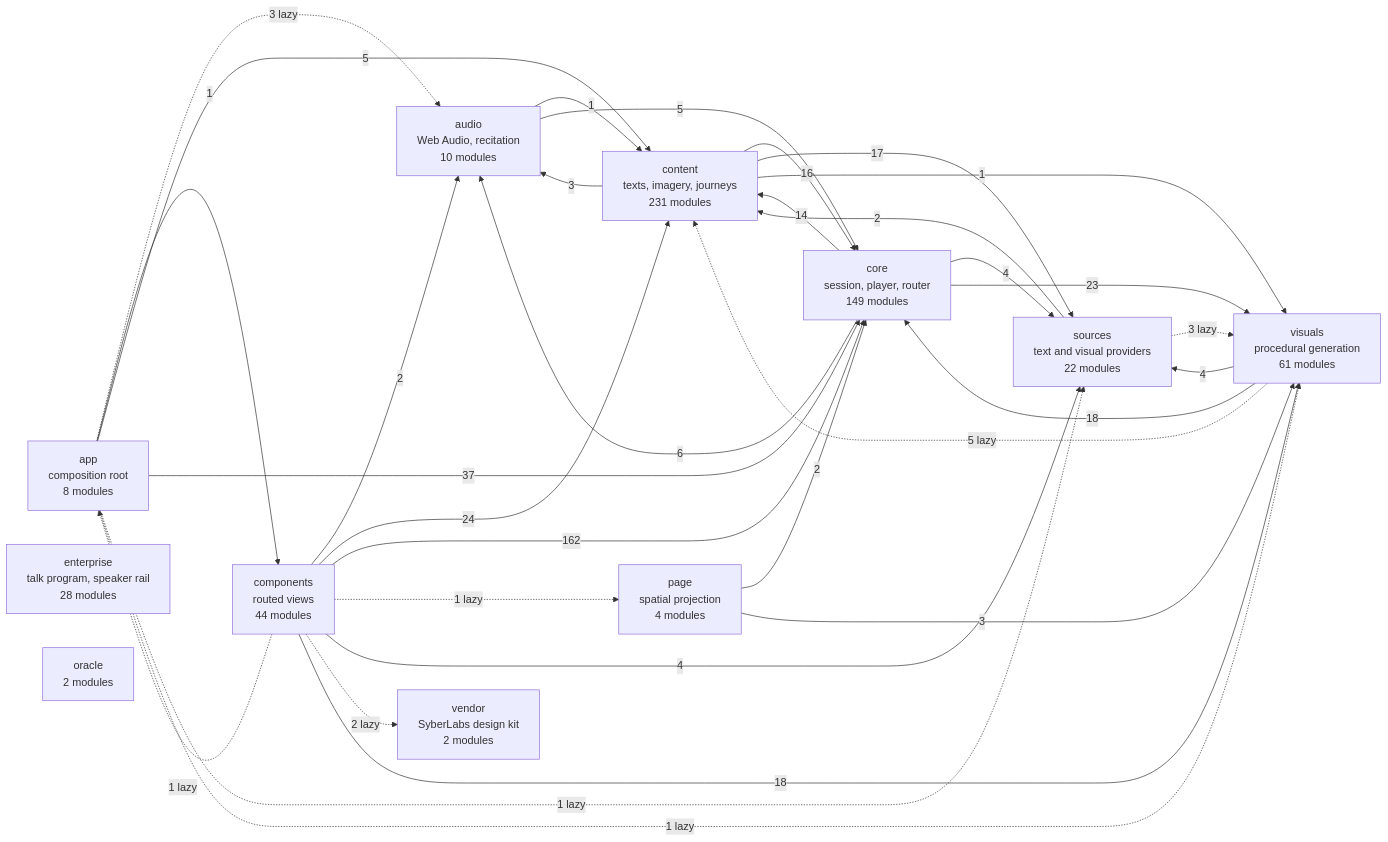
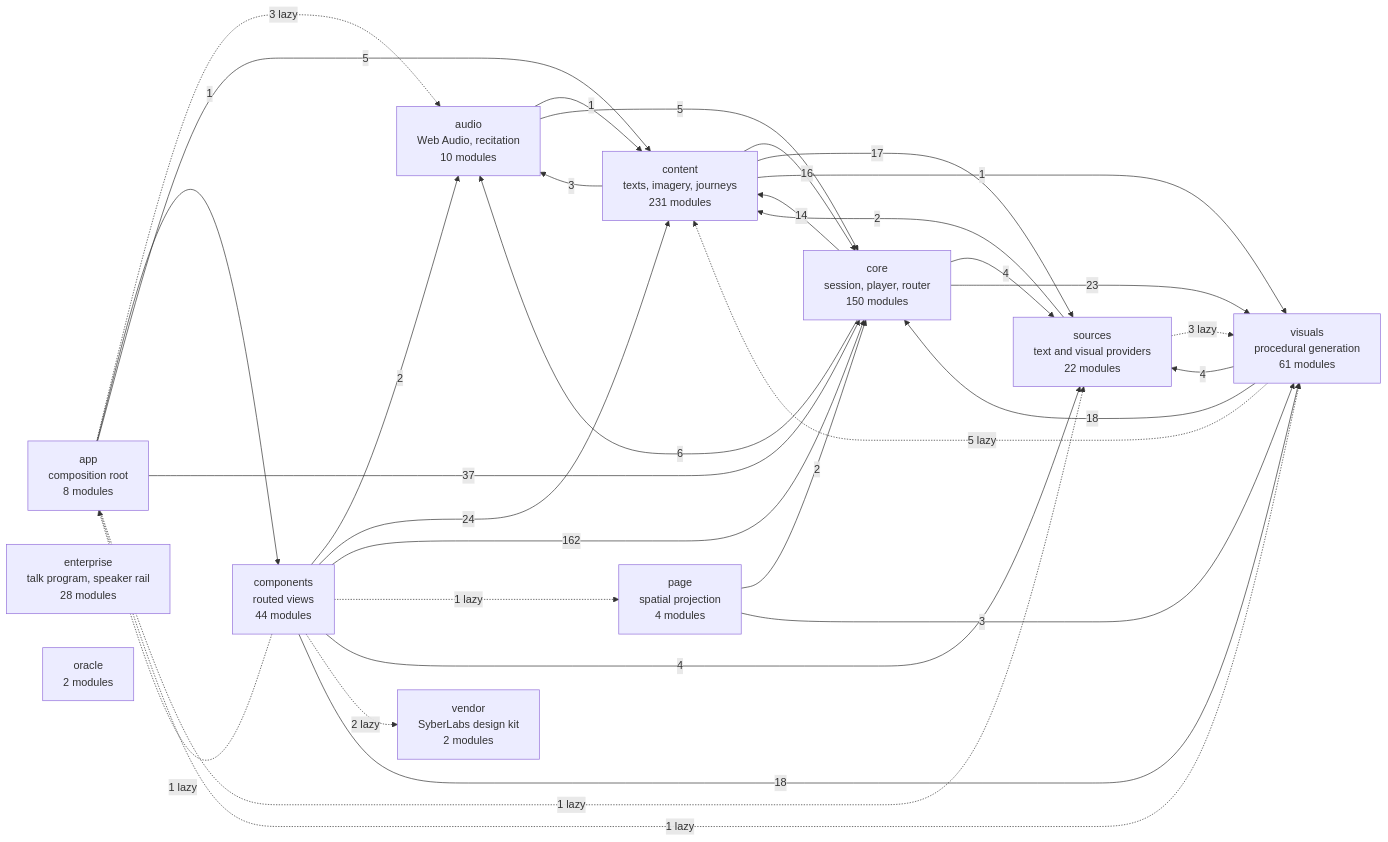
One commit to SyberLabs/RISE changed the diagram in docs/specs/ARCHITECTURE.md. Above: the diagram before and after it, drawn with Mermaid. The commit also changed other lines of this file and 7 other files, not shown here.

````diff
--- a/docs/specs/ARCHITECTURE.md
+++ b/docs/specs/ARCHITECTURE.md
@@ -160,46 +160,46 @@
 ```mermaid
 flowchart LR
     app["app<br/>composition root<br/>8 modules"]
     audio["audio<br/>Web Audio, recitation<br/>10 modules"]
     components["components<br/>routed views<br/>44 modules"]
     content["content<br/>texts, imagery, journeys<br/>231 modules"]
-    core["core<br/>session, player, router<br/>149 modules"]
+    core["core<br/>session, player, router<br/>150 modules"]
     enterprise["enterprise<br/>talk program, speaker rail<br/>28 modules"]
     oracle["oracle<br/>2 modules"]
     page["page<br/>spatial projection<br/>4 modules"]
     sources["sources<br/>text and visual providers<br/>22 modules"]
     vendor["vendor<br/>SyberLabs design kit<br/>2 modules"]
     visuals["visuals<br/>procedural generation<br/>61 modules"]
 
     app -.-> |3 lazy| audio
     app --> |1| components
     app --> |5| content
     app --> |37| core
     app -.-> |1 lazy| sources
     app -.-> |1 lazy| visuals
     audio --> |1| content
     audio --> |5| core
     components -.-> |1 lazy| app
     components --> |2| audio
     components --> |24| content
     components --> |162| core
     components -.-> |1 lazy| page
     components --> |4| sources
     components -.-> |2 lazy| vendor
     components --> |18| visuals
     content --> |3| audio
     content --> |16| core
     content --> |17| sources
     content --> |1| visuals
     core --> |6| audio
     core --> |14| content
     core --> |4| sources
     core --> |23| visuals
     page --> |2| core
     page --> |3| visuals
     sources --> |2| content
     sources -.-> |3 lazy| visuals
     visuals -.-> |5 lazy| content
     visuals --> |18| core
     visuals --> |4| sources
 ```
````
